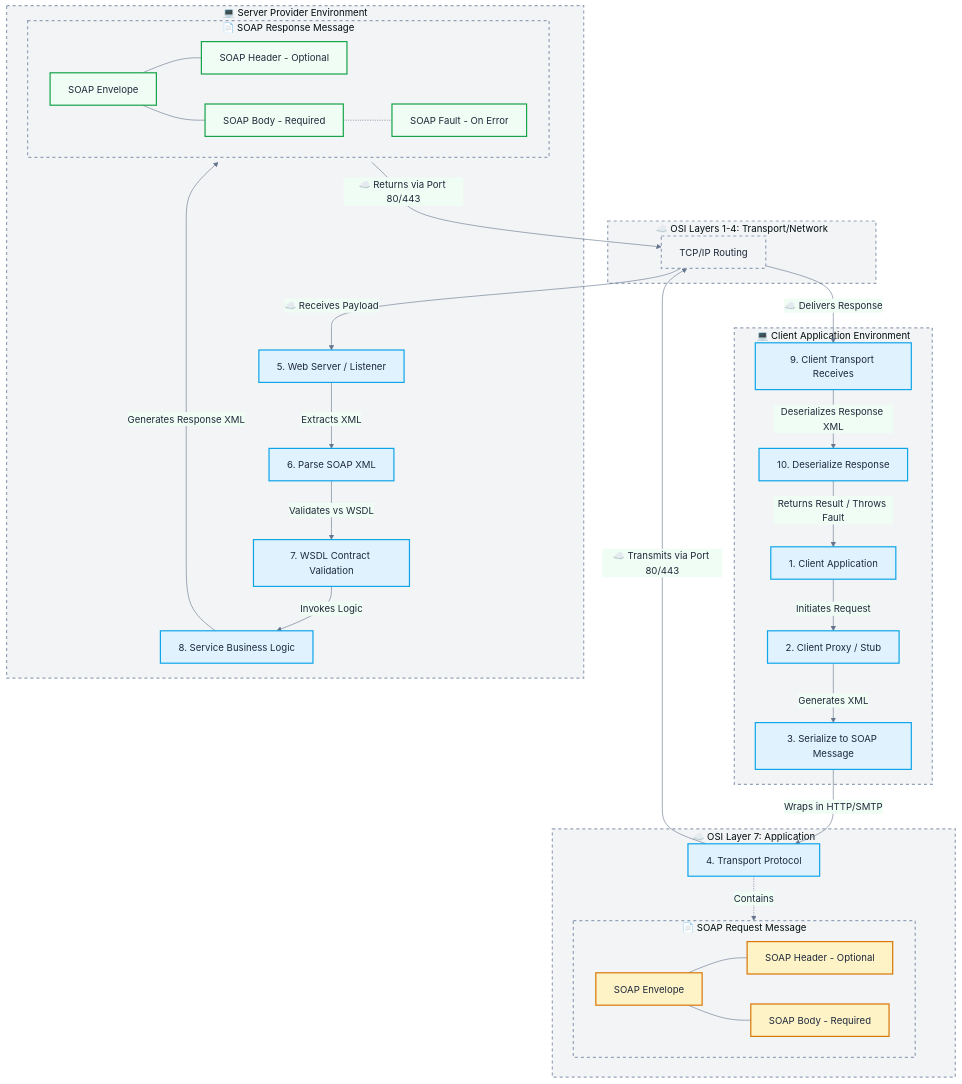
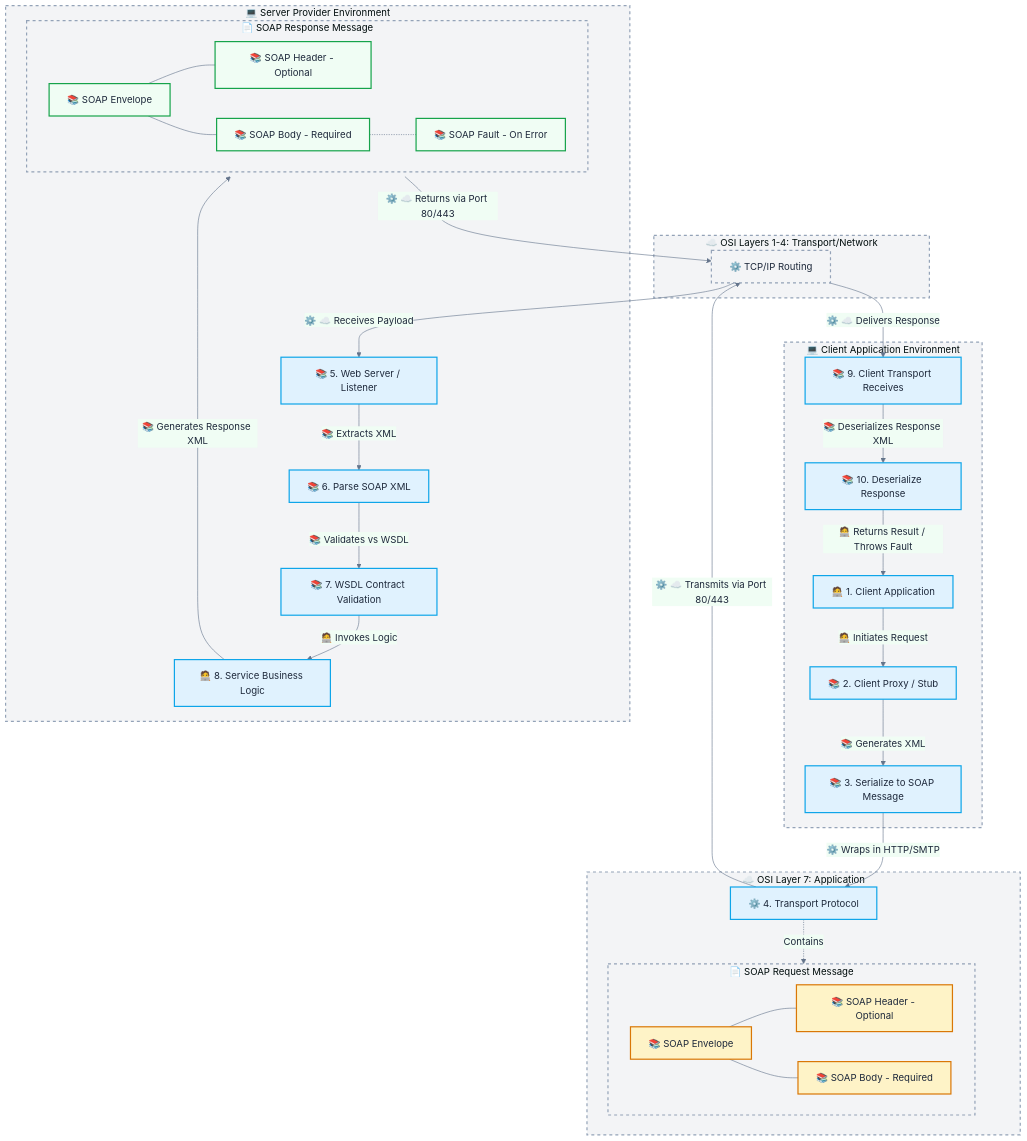
Before and after one commit to chrisseanhayes/soap-viewer: the diagram in soap/data/diagram.mmd, drawn with Mermaid. The commit also changed 2 other files, not shown here.

```diff
--- a/soap/data/diagram.mmd
+++ b/soap/data/diagram.mmd
@@ -1,89 +1,89 @@
 %%{init: {'theme': 'base', 'themeVariables': { 'primaryColor': '#eff6ff', 'primaryTextColor': '#1e293b', 'primaryBorderColor': '#3b82f6', 'lineColor': '#64748b', 'secondaryColor': '#f0fdf4', 'tertiaryColor': '#fef2f2'}}}%%
 graph TD
     classDef osiLayer fill:#f3f4f6,stroke:#94a3b8,stroke-width:2px,stroke-dasharray:5 5;
     classDef process fill:#e0f2fe,stroke:#0ea5e9,stroke-width:2px;
     classDef soapLayer fill:#fef3c7,stroke:#d97706,stroke-width:2px;
     classDef soapResponse fill:#f0fdf4,stroke:#16a34a,stroke-width:2px;
     classDef clickable cursor:pointer,transition:all 0.2s;
 
     subgraph Client [💻 Client Application Environment]
-        AppClient[1. Client Application] -->|Initiates Request| Proxy[2. Client Proxy / Stub]
-        Proxy -->|Generates XML| Serialize[3. Serialize to SOAP Message]
-        ClientTransport[9. Client Transport Receives] -->|Deserializes Response XML| Deserialize2[10. Deserialize Response]
-        Deserialize2 -->|Returns Result / Throws Fault| AppClient
+        AppClient[🧑‍💻 1. Client Application] -->|🧑‍💻 Initiates Request| Proxy[📚 2. Client Proxy / Stub]
+        Proxy -->|📚 Generates XML| Serialize[📚 3. Serialize to SOAP Message]
+        ClientTransport[📚 9. Client Transport Receives] -->|📚 Deserializes Response XML| Deserialize2[📚 10. Deserialize Response]
+        Deserialize2 -->|🧑‍💻 Returns Result / Throws Fault| AppClient
         class AppClient,Proxy,Serialize,ClientTransport,Deserialize2 process;
         class AppClient,Proxy,Serialize,ClientTransport,Deserialize2 clickable;
     end
 
     subgraph OSILayer7 [☁️ OSI Layer 7: Application]
-        Serialize -->|Wraps in HTTP/SMTP| TransportProtocol[4. Transport Protocol]
+        Serialize -->|⚙️ Wraps in HTTP/SMTP| TransportProtocol[⚙️ 4. Transport Protocol]
         class TransportProtocol process;
         class TransportProtocol clickable;
 
         subgraph SOAPMessage [📄 SOAP Request Message]
-            ReqEnvelope[SOAP Envelope]
-            ReqHeader[SOAP Header - Optional]
-            ReqBody[SOAP Body - Required]
+            ReqEnvelope[📚 SOAP Envelope]
+            ReqHeader[📚 SOAP Header - Optional]
+            ReqBody[📚 SOAP Body - Required]
             ReqEnvelope --- ReqHeader
             ReqEnvelope --- ReqBody
             class ReqEnvelope,ReqHeader,ReqBody soapLayer;
             class ReqEnvelope,ReqHeader,ReqBody clickable;
         end
         TransportProtocol -.->|Contains| SOAPMessage
     end
 
     subgraph OSILowerLayers [☁️ OSI Layers 1-4: Transport/Network]
-        TCP[TCP/IP Routing]
+        TCP[⚙️ TCP/IP Routing]
         class TCP osiLayer;
         class TCP clickable;
     end
-    TransportProtocol -->|☁️ Transmits via Port 80/443| TCP
+    TransportProtocol -->|⚙️ ☁️ Transmits via Port 80/443| TCP
 
     subgraph Server [💻 Server Provider Environment]
-        TCP -->|☁️ Receives Payload| ServerTransport[5. Web Server / Listener]
-        ServerTransport -->|Extracts XML| Deserialize[6. Parse SOAP XML]
-        Deserialize -->|Validates vs WSDL| Validate[7. WSDL Contract Validation]
-        Validate -->|Invokes Logic| AppServer[8. Service Business Logic]
+        TCP -->|⚙️ ☁️ Receives Payload| ServerTransport[📚 5. Web Server / Listener]
+        ServerTransport -->|📚 Extracts XML| Deserialize[📚 6. Parse SOAP XML]
+        Deserialize -->|📚 Validates vs WSDL| Validate[📚 7. WSDL Contract Validation]
+        Validate -->|🧑‍💻 Invokes Logic| AppServer[🧑‍💻 8. Service Business Logic]
 
         subgraph SOAPResponse [📄 SOAP Response Message]
-            RespEnvelope[SOAP Envelope]
-            RespHeader[SOAP Header - Optional]
-            RespBody[SOAP Body - Required]
-            RespFault[SOAP Fault - On Error]
+            RespEnvelope[📚 SOAP Envelope]
+            RespHeader[📚 SOAP Header - Optional]
+            RespBody[📚 SOAP Body - Required]
+            RespFault[📚 SOAP Fault - On Error]
             RespEnvelope --- RespHeader
             RespEnvelope --- RespBody
             RespBody -.- RespFault
             class RespEnvelope,RespHeader,RespBody,RespFault soapResponse;
             class RespEnvelope,RespHeader,RespBody,RespFault clickable;
         end
 
-        AppServer -->|Generates Response XML| SOAPResponse
+        AppServer -->|📚 Generates Response XML| SOAPResponse
         class ServerTransport,Deserialize,Validate,AppServer process;
         class ServerTransport,Deserialize,Validate,AppServer clickable;
     end
 
-    SOAPResponse -->|☁️ Returns via Port 80/443| TCP
-    TCP -->|☁️ Delivers Response| ClientTransport
+    SOAPResponse -->|⚙️ ☁️ Returns via Port 80/443| TCP
+    TCP -->|⚙️ ☁️ Delivers Response| ClientTransport
 
     class Client,Server osiLayer;
     class OSILayer7,SOAPMessage,SOAPResponse,OSILowerLayers osiLayer;
     class Client,OSILayer7,SOAPMessage,SOAPResponse,OSILowerLayers,Server clickable;
 
  click AppClient call showDetails() "Details on Client"
  click Proxy call showDetails() "Details on Proxy"
  click Serialize call showDetails() "Details on Serialization"
  click TransportProtocol call showDetails() "Details on Transport"
  click ReqEnvelope call showDetails() "Details on Request Envelope"
  click ReqHeader call showDetails() "Details on Request Header"
  click ReqBody call showDetails() "Details on Request Body"
  click TCP call showDetails() "Details on Networking"
  click ServerTransport call showDetails() "Details on Web Server"
  click Deserialize call showDetails() "Details on Parsing"
  click Validate call showDetails() "Details on Validation"
  click AppServer call showDetails() "Details on Logic"
  click RespEnvelope call showDetails() "Details on Response Envelope"
  click RespHeader call showDetails() "Details on Response Header"
  click RespBody call showDetails() "Details on Response Body"
  click RespFault call showDetails() "Details on Fault"
  click ClientTransport call showDetails() "Details on Client Transport"
  click Deserialize2 call showDetails() "Details on Client Deserialization"
```
